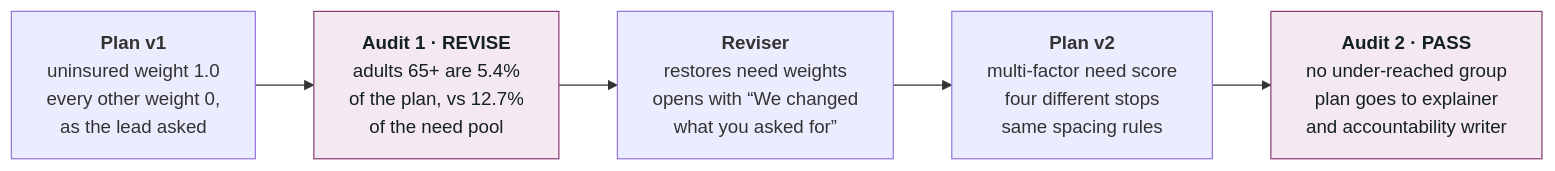
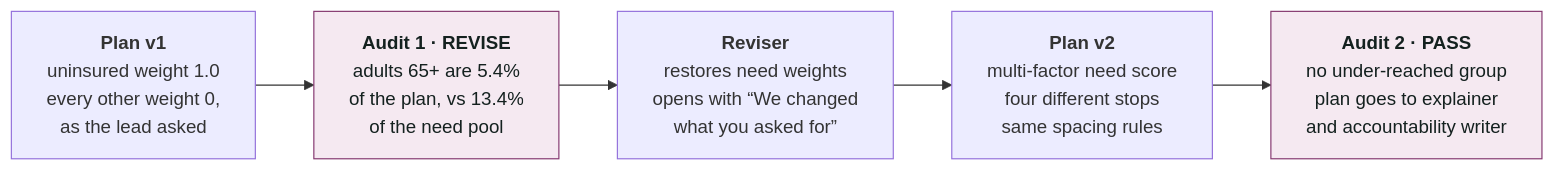
The second of 4 diagrams in docs/ARCHITECTURE.md (naveen056-code/Public_health_05), drawn with Mermaid before and after one commit. The commit also changed other lines of this file and 6 other files, not shown here.

````diff
--- a/docs/ARCHITECTURE.md
+++ b/docs/ARCHITECTURE.md
@@ -80,11 +80,11 @@
 ```mermaid
 flowchart LR
     v1["<b>Plan v1</b><br/>uninsured weight 1.0<br/>every other weight 0,<br/>as the lead asked"]
-    a1["<b>Audit 1 · REVISE</b><br/>adults 65+ are 5.4%<br/>of the plan, vs 12.7%<br/>of the need pool"]
+    a1["<b>Audit 1 · REVISE</b><br/>adults 65+ are 5.4%<br/>of the plan, vs 13.4%<br/>of the need pool"]
     rv["<b>Reviser</b><br/>restores need weights<br/>opens with “We changed<br/>what you asked for”"]
     v2["<b>Plan v2</b><br/>multi-factor need score<br/>four different stops<br/>same spacing rules"]
     a2["<b>Audit 2 · PASS</b><br/>no under-reached group<br/>plan goes to explainer<br/>and accountability writer"]
     v1 --> a1 --> rv --> v2 --> a2
     classDef audit fill:#f5e9f1,stroke:#84376f,color:#14211f
     class a1,a2 audit
 ```
````
